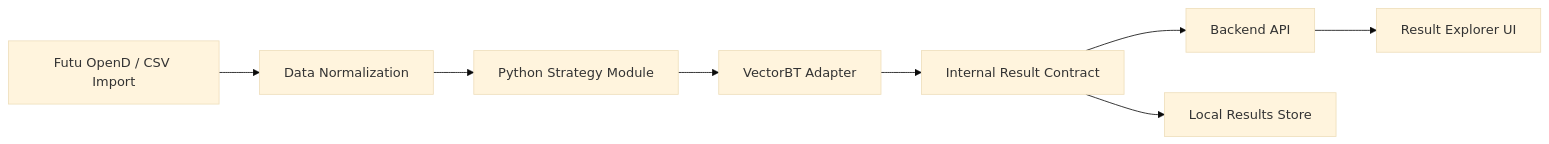
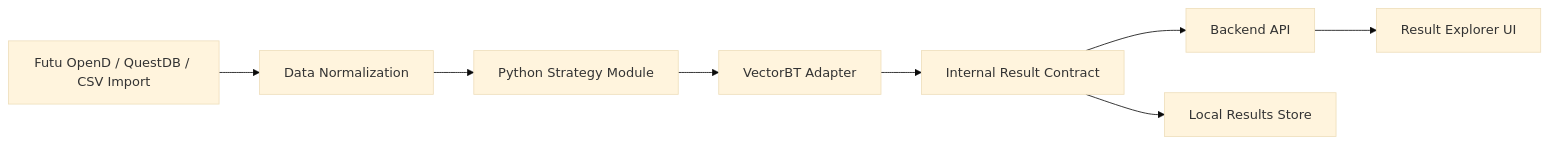
Before and after one commit to EricLIU66/qt: the diagram in docs/architecture.md, drawn with Mermaid (base theme). The commit also changed other lines of this file and 3 other files, not shown here.

First line of the commit message:
Document QuestDB as an optional market data source

````diff
--- a/docs/architecture.md
+++ b/docs/architecture.md
@@ -9,10 +9,10 @@
 ```mermaid
 flowchart LR
-  Data[Futu OpenD / CSV Import] --> Normalize[Data Normalization]
+  Data[Futu OpenD / QuestDB / CSV Import] --> Normalize[Data Normalization]
   Normalize --> Strategy[Python Strategy Module]
   Strategy --> Engine[VectorBT Adapter]
   Engine --> Contract[Internal Result Contract]
   Contract --> API[Backend API]
   API --> UI[Result Explorer UI]
   Contract --> Store[Local Results Store]
 ```
````
